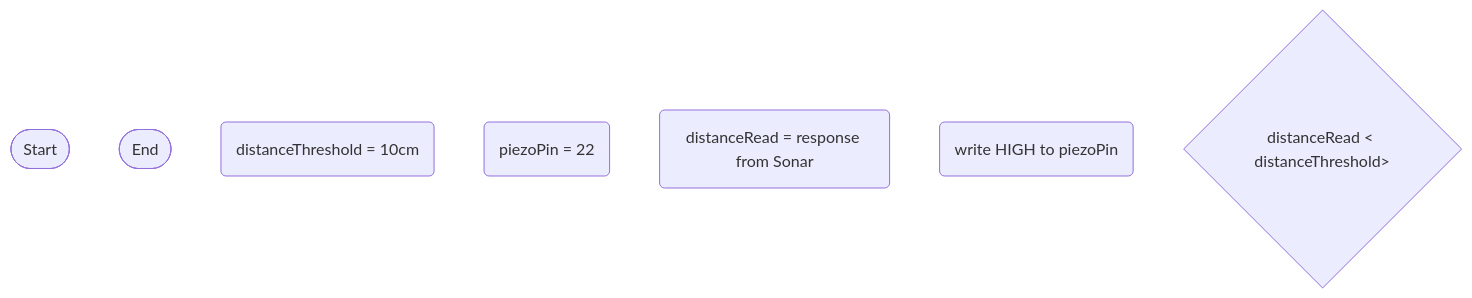
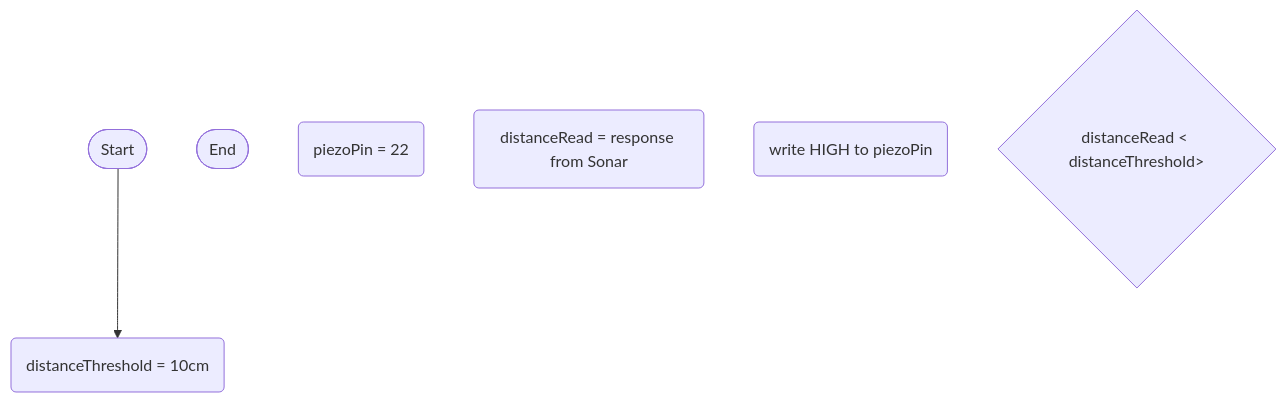
One commit to GodlyBlueDog/Automatic-GreenHouse-Person-Detection changed the diagram in logic.md. Above: the diagram before and after it, drawn with Mermaid.

````diff
--- a/logic.md
+++ b/logic.md
@@ -1,15 +1,15 @@
 ```mermaid
 flowchart TD
 terminalStart([Start])
 terminalEnd([End])
 thresholdSet(distanceThreshold = 10cm)
 setPiezoPin(piezoPin = 22)
 currentDistanceReading(distanceRead = response from Sonar)
 activatePiezo(write HIGH to piezoPin)
 ifDistanceLessThanThreshold{distanceRead < distanceThreshold>}
 
-
+terminalStart --> thresholdSet
 
 
 
 ```
````
